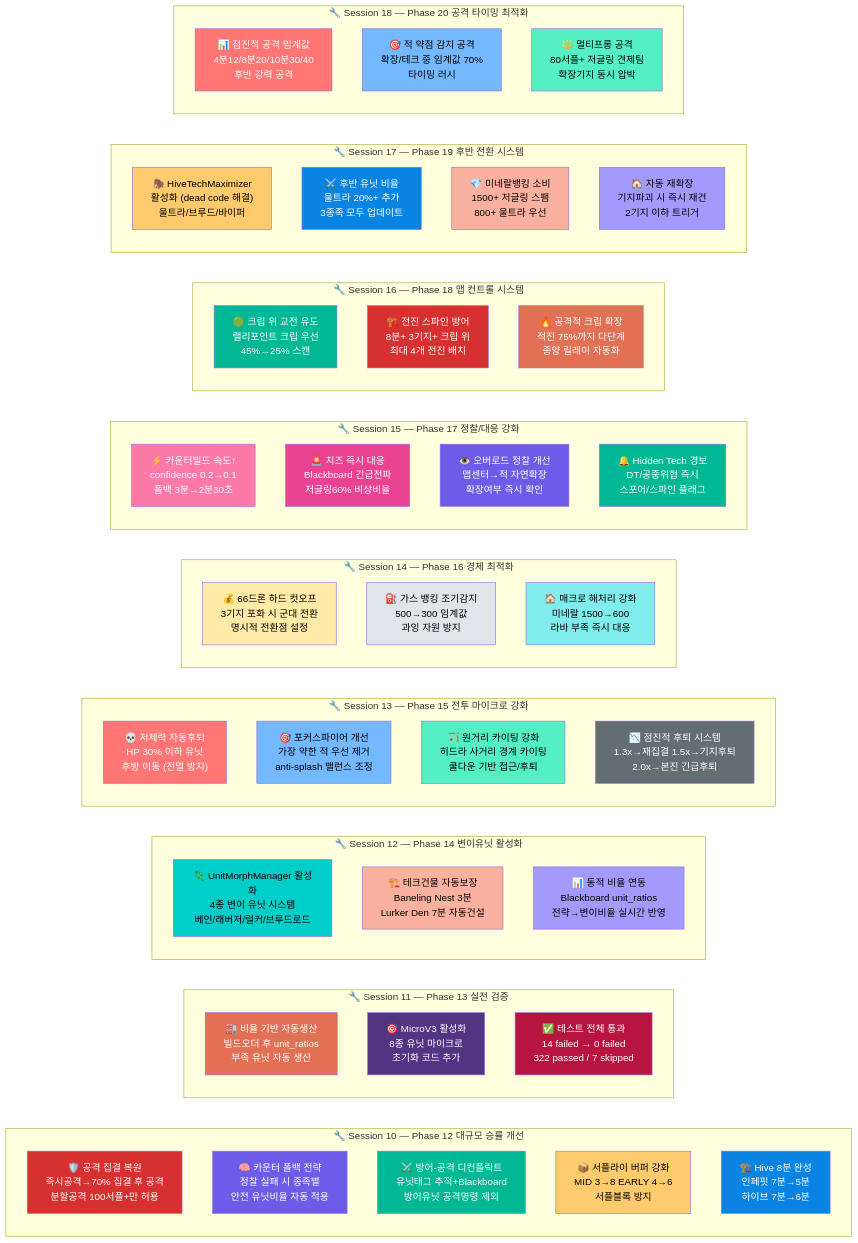
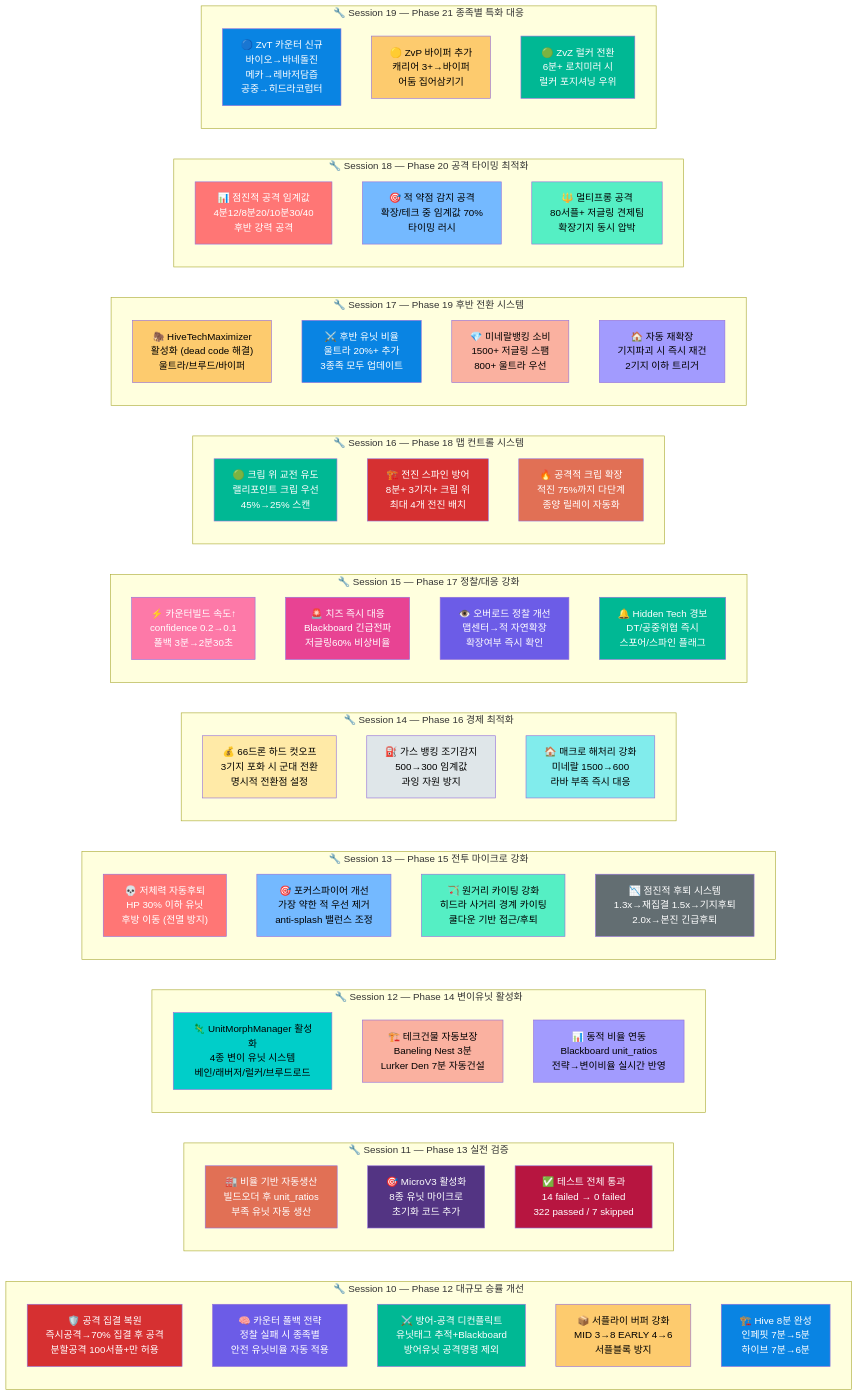
One commit to sun475300-sudo/Swarm-control-in-sc2bot changed diagram 31 of 31 in README.md. Above: the diagram before and after it, drawn with Mermaid. The commit also changed other lines of this file and 1 other file, not shown here.

Commit message:
feat: Phase 21 종족별 특화 대응 — ZvT카운터 + ZvP바이퍼 + ZvZ럴커
- ZvT 카운터 신규: 바이오→바네돌진, 메카→레바저담즙, 공중→히드라코럽터, 헬리온→퀸바퀴
- ZvP 바이퍼 추가: 캐리어 3+ 시 바이퍼 어둠삼키기 대응
- ZvZ 럴커 전환: 6분+ 로치/히드라 미러 시 럴커 포지셔닝 우위
- README 시각화 Phase 21 추가 (FIX33-35)

````diff
--- a/README.md
+++ b/README.md
@@ -946,6 +948,13 @@
         FIX32["🔱 멀티프롱 공격<br/>80서플+ 저글링 견제팀<br/>확장기지 동시 압박"]
     end
 
+    subgraph "🔧 Session 19 — Phase 21 종족별 특화 대응"
+        direction TB
+        FIX33["🔵 ZvT 카운터 신규<br/>바이오→바네돌진<br/>메카→레바저담즙<br/>공중→히드라코럽터"]
+        FIX34["🟡 ZvP 바이퍼 추가<br/>캐리어 3+→바이퍼<br/>어둠 집어삼키기"]
+        FIX35["🟢 ZvZ 럴커 전환<br/>6분+ 로치미러 시<br/>럴커 포지셔닝 우위"]
+    end
+
     style FIX1 fill:#d63031,color:#fff
     style FIX2 fill:#6c5ce7,color:#fff
     style FIX3 fill:#00b894,color:#fff
@@ -978,4 +987,7 @@
     style FIX30 fill:#ff7675,color:#fff
     style FIX31 fill:#74b9ff,color:#000
     style FIX32 fill:#55efc4,color:#000
+    style FIX33 fill:#0984e3,color:#fff
+    style FIX34 fill:#fdcb6e,color:#000
+    style FIX35 fill:#00b894,color:#fff
 ```
````
